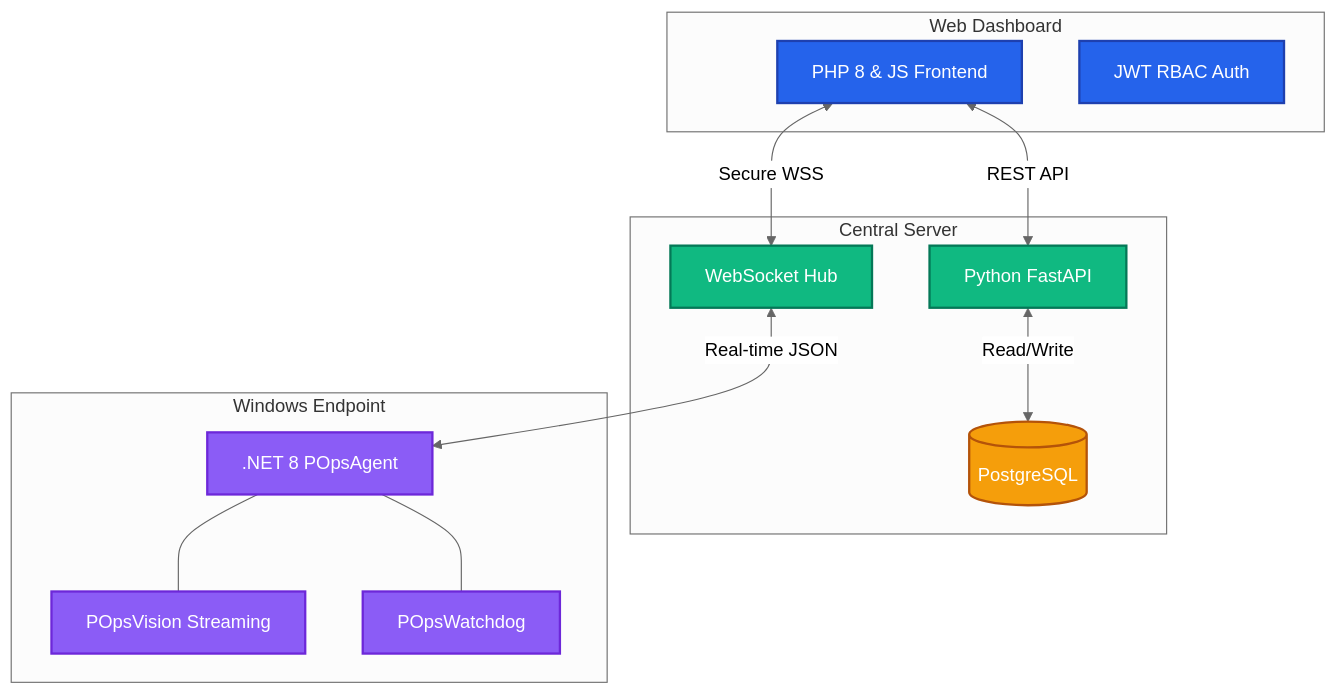
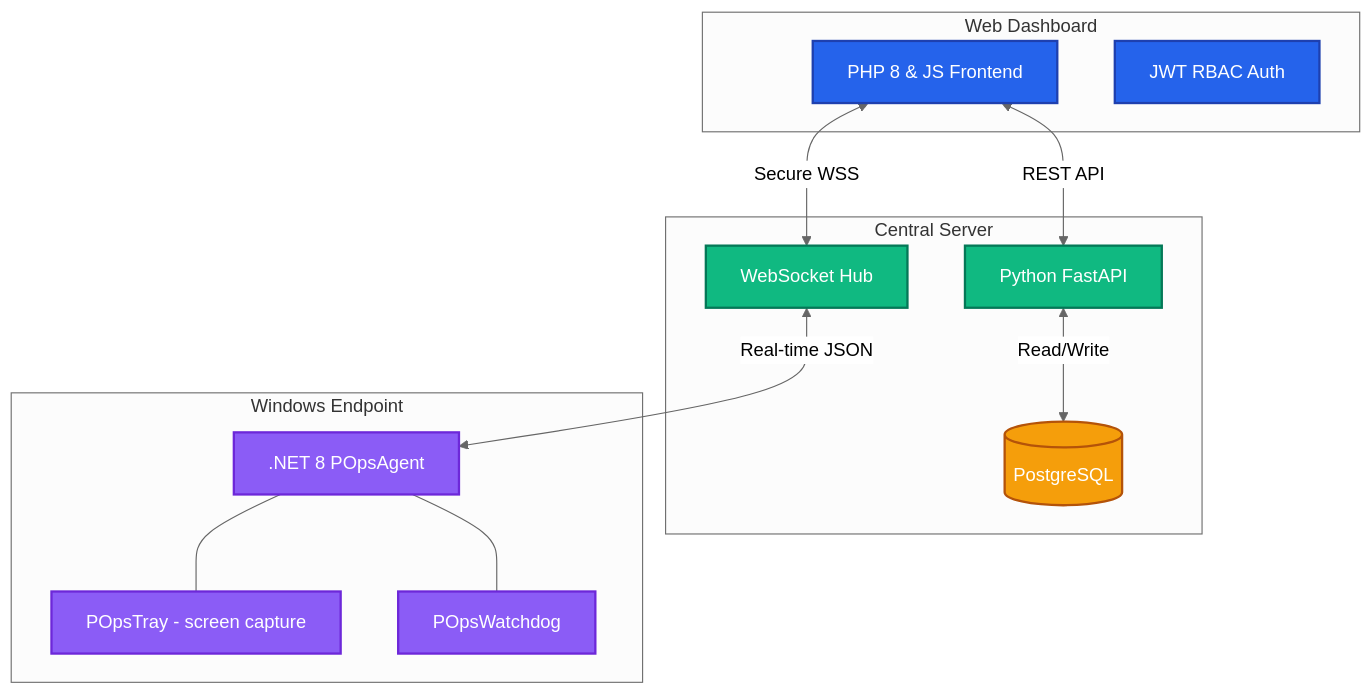
The diagram in README.md (PashaCore/POps), drawn with Mermaid (neutral theme) before and after one commit. The commit also changed other lines of this file and 23 other files, not shown here.

````diff
--- a/README.md
+++ b/README.md
@@ -71,32 +71,32 @@
 ```mermaid
 graph TD
     classDef frontend fill:#2563EB,stroke:#1E40AF,stroke-width:2px,color:#fff;
     classDef backend fill:#10B981,stroke:#047857,stroke-width:2px,color:#fff;
     classDef agent fill:#8B5CF6,stroke:#6D28D9,stroke-width:2px,color:#fff;
     classDef db fill:#F59E0B,stroke:#B45309,stroke-width:2px,color:#fff;
 
     subgraph "Web Dashboard"
         UI[PHP 8 & JS Frontend]:::frontend
         Auth[JWT RBAC Auth]:::frontend
     end
 
     subgraph "Central Server"
         API[Python FastAPI]:::backend
         WS[WebSocket Hub]:::backend
         DB[(PostgreSQL)]:::db
     end
 
     subgraph "Windows Endpoint"
         Agent[.NET 8 POpsAgent]:::agent
-        Vision[POpsVision Streaming]:::agent
+        Vision[POpsTray - screen capture]:::agent
         Watchdog[POpsWatchdog]:::agent
     end
 
     UI <-->|REST API| API
     UI <-->|Secure WSS| WS
     API <-->|Read/Write| DB
     WS <-->|Real-time JSON| Agent
     
     Agent --- Vision
     Agent --- Watchdog
 ```
````
